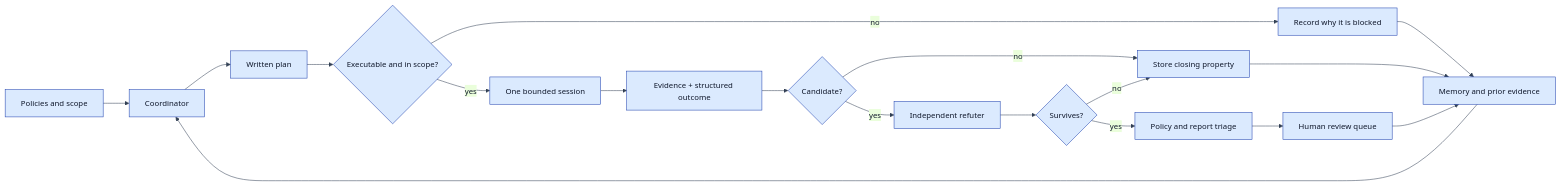
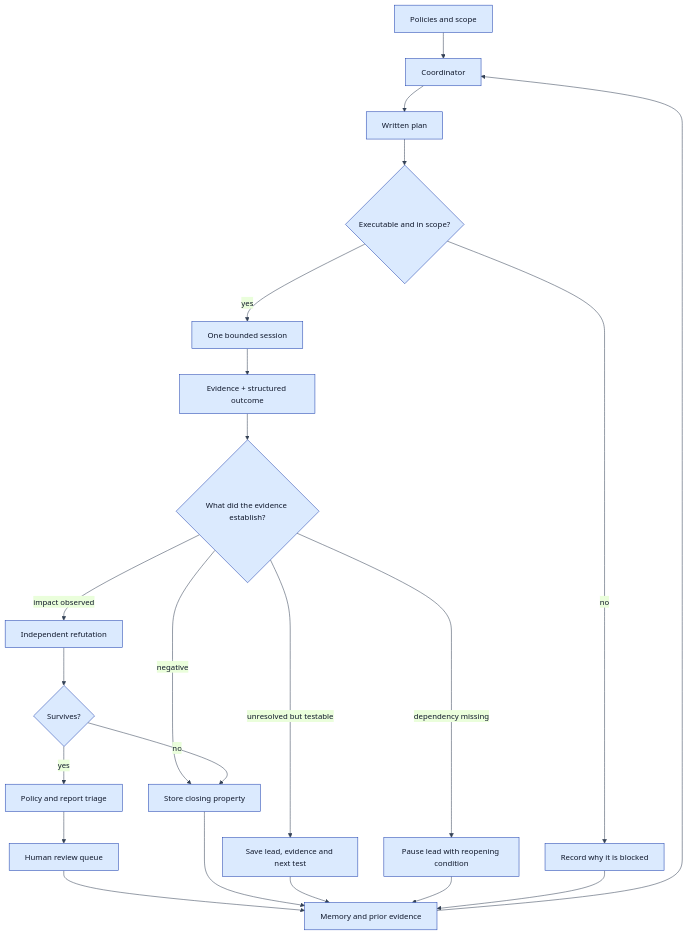
Before and after one commit to felixbillieres/felixbillieres.github.io: the fourth of 9 diagrams in content/posts/operating-a-semi-autonomous-security-research-pipeline/index.md, drawn with Mermaid. The commit also changed other lines of this file, not shown here.

Commit message:
Update security research pipeline architecture article

```diff
--- a/content/posts/operating-a-semi-autonomous-security-research-pipeline/index.md
+++ b/content/posts/operating-a-semi-autonomous-security-research-pipeline/index.md
@@ -165,21 +180,25 @@
 {{< mermaid >}}
 %%{init: {'theme':'base','themeVariables':{'background':'#ffffff','fontSize':'15px','primaryColor':'#dbeafe','primaryTextColor':'#0f172a','primaryBorderColor':'#1e40af','lineColor':'#334155','textColor':'#0f172a'}}}%%
-flowchart LR
+flowchart TD
     A[Policies and scope] --> C[Coordinator]
     B[Memory and prior evidence] --> C
     C --> D[Written plan]
     D --> E{Executable and in scope?}
     E -- no --> F[Record why it is blocked]
     E -- yes --> G[One bounded session]
     G --> H[Evidence + structured outcome]
-    H --> I{Candidate?}
-    I -- no --> J[Store closing property]
-    I -- yes --> K[Independent refuter]
+    H --> I{What did the evidence establish?}
+    I -- negative --> J[Store closing property]
+    I -- unresolved but testable --> U[Save lead, evidence and next test]
+    I -- dependency missing --> Z[Pause lead with reopening condition]
+    I -- impact observed --> K[Independent refutation]
     K --> L{Survives?}
     L -- no --> J
     L -- yes --> M[Policy and report triage]
     M --> N[Human review queue]
     N --> B
     J --> B
+    U --> B
+    Z --> B
     F --> B
 {{< /mermaid >}}
```
